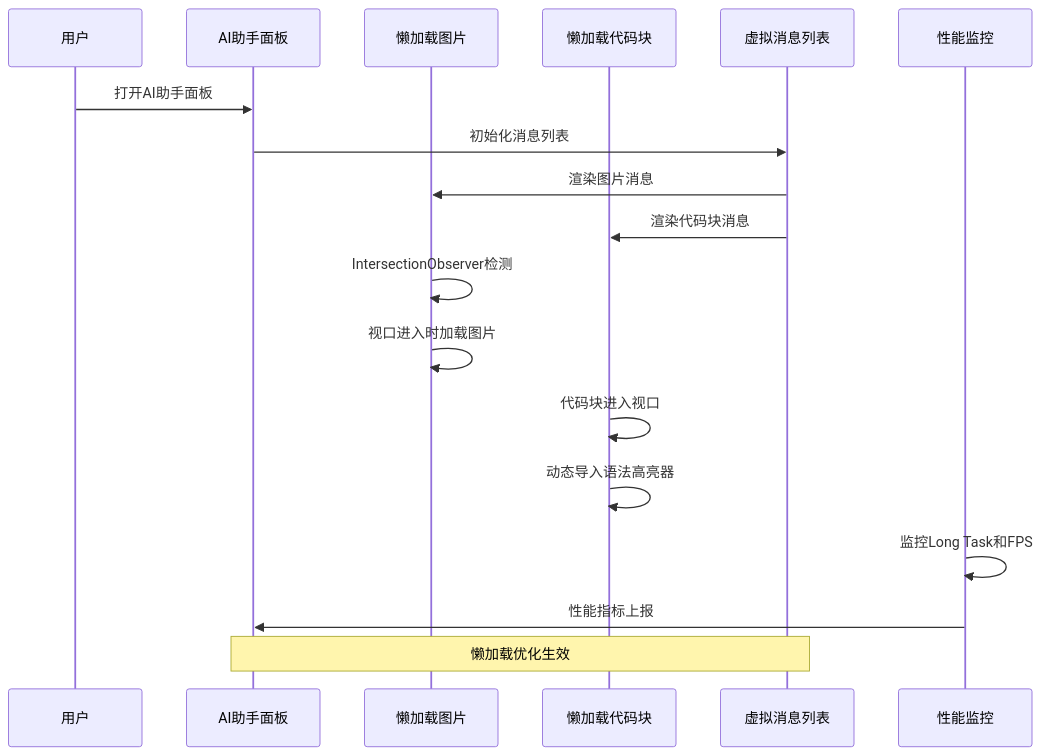
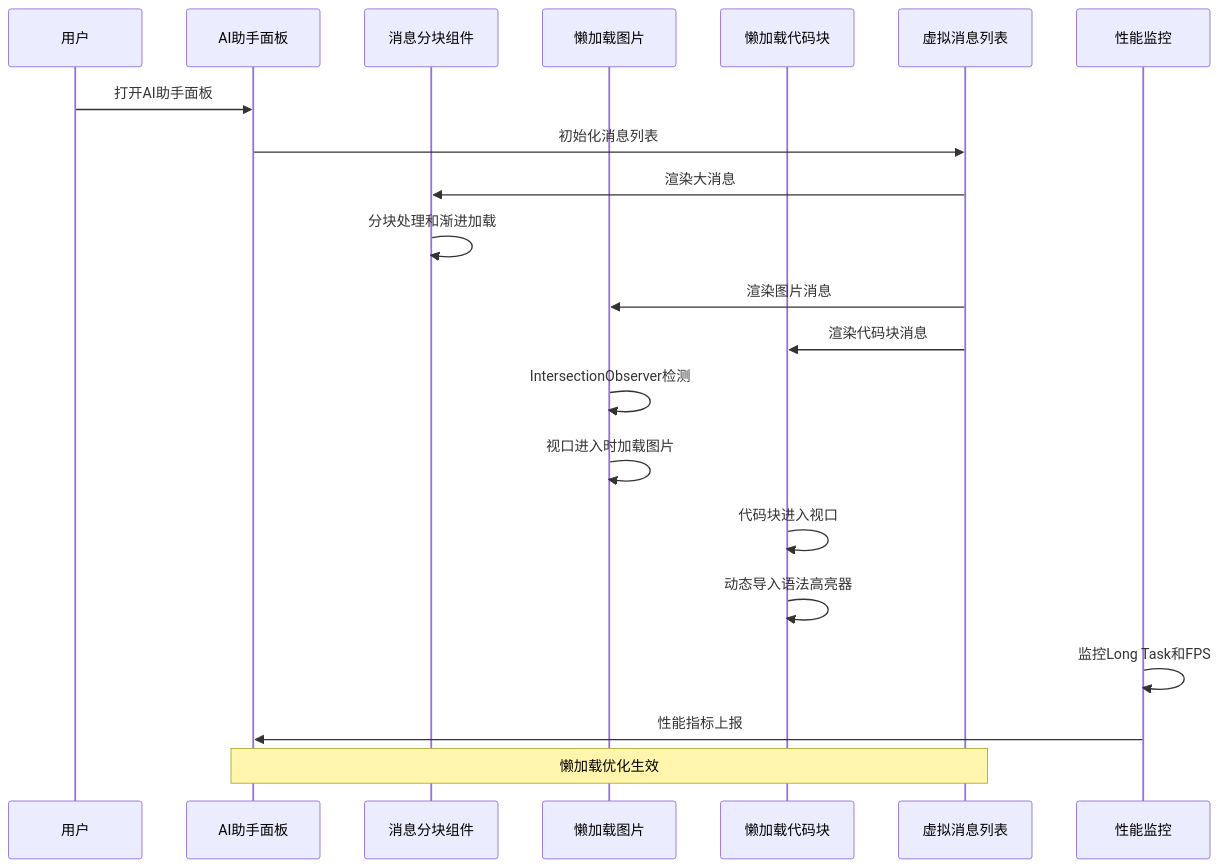
The second of 9 diagrams in .qoder/repowiki/zh/content/前端应用架构/UI组件库/懒加载优化系统.md (KunLabAI/KunFlix), drawn with Mermaid before and after one commit. The commit also changed other lines of this file and 22 other files, not shown here.

````diff
--- a/.qoder/repowiki/zh/content/前端应用架构/UI组件库/懒加载优化系统.md
+++ b/.qoder/repowiki/zh/content/前端应用架构/UI组件库/懒加载优化系统.md
@@ -124,20 +152,23 @@
 ```mermaid
 sequenceDiagram
 participant User as 用户
 participant Panel as AI助手面板
+participant MessageChunk as 消息分块组件
 participant LazyImg as 懒加载图片
 participant LazyCode as 懒加载代码块
 participant VirtList as 虚拟消息列表
 participant PerfMon as 性能监控
 User->>Panel : 打开AI助手面板
 Panel->>VirtList : 初始化消息列表
+VirtList->>MessageChunk : 渲染大消息
+MessageChunk->>MessageChunk : 分块处理和渐进加载
 VirtList->>LazyImg : 渲染图片消息
 VirtList->>LazyCode : 渲染代码块消息
 LazyImg->>LazyImg : IntersectionObserver检测
 LazyImg->>LazyImg : 视口进入时加载图片
 LazyCode->>LazyCode : 代码块进入视口
 LazyCode->>LazyCode : 动态导入语法高亮器
 PerfMon->>PerfMon : 监控Long Task和FPS
 PerfMon->>Panel : 性能指标上报
 Note over Panel,VirtList : 懒加载优化生效
 ```
````
